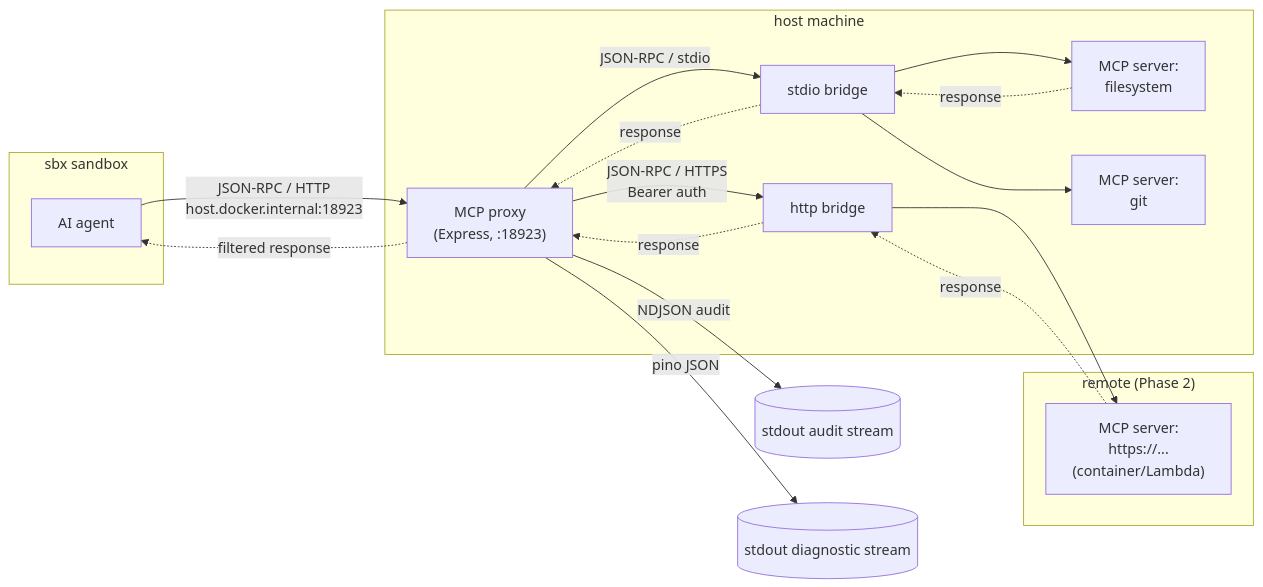
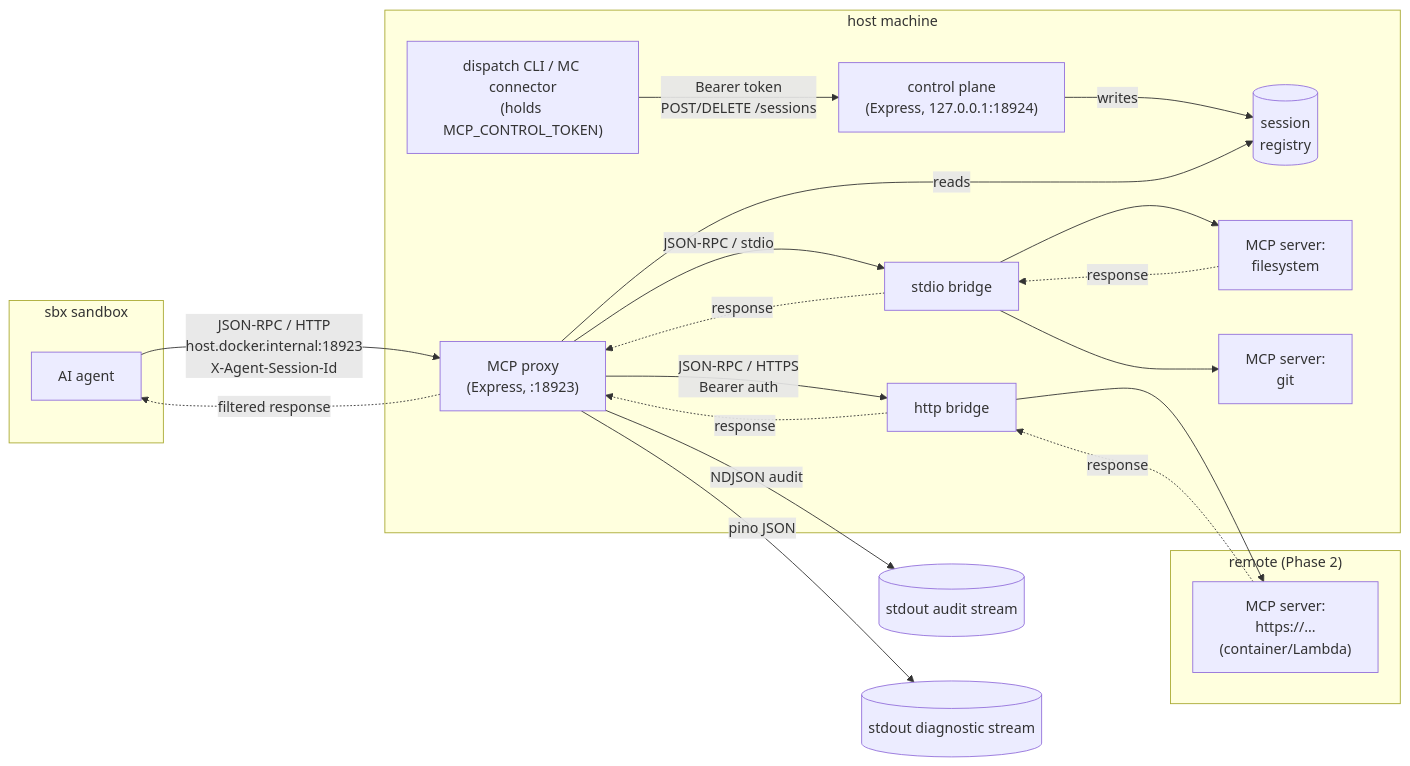
The first of 2 diagrams in docs/architecture.md (zickgraf-ai/agentic-press), drawn with Mermaid before and after one commit. The commit also changed other lines of this file and 10 other files, not shown here.

First line of the commit message:
feat: Tier 1.3 — per-session allowlist registry + loopback control-plane (#58)

````diff
--- a/docs/architecture.md
+++ b/docs/architecture.md
@@ -19,29 +19,35 @@
 ```mermaid
 flowchart LR
   subgraph SBX["sbx sandbox"]
     A[AI agent]
   end
   subgraph HOST["host machine"]
     P["MCP proxy<br/>(Express, :18923)"]
+    CP["control plane<br/>(Express, 127.0.0.1:18924)"]
+    REG[("session<br/>registry")]
+    DCLI["dispatch CLI / MC connector<br/>(holds MCP_CONTROL_TOKEN)"]
     B["stdio bridge"]
     H["http bridge"]
     M1["MCP server:<br/>filesystem"]
     M2["MCP server:<br/>git"]
   end
   subgraph REMOTE["remote (Phase 2)"]
     M3["MCP server:<br/>https://...<br/>(container/Lambda)"]
   end
-  A -- "JSON-RPC / HTTP<br/>host.docker.internal:18923" --> P
+  A -- "JSON-RPC / HTTP<br/>host.docker.internal:18923<br/>X-Agent-Session-Id" --> P
+  DCLI -- "Bearer token<br/>POST/DELETE /sessions" --> CP
+  CP -- writes --> REG
+  P -- reads --> REG
   P -- "JSON-RPC / stdio" --> B
   P -- "JSON-RPC / HTTPS<br/>Bearer auth" --> H
   B --> M1
   B --> M2
   H --> M3
   M1 -.response.-> B
   B -.response.-> P
   M3 -.response.-> H
   H -.response.-> P
   P -.filtered response.-> A
   P -- "NDJSON audit" --> LOG[("stdout audit stream")]
   P -- "pino JSON" --> DIAG[("stdout diagnostic stream")]
 ```
````
